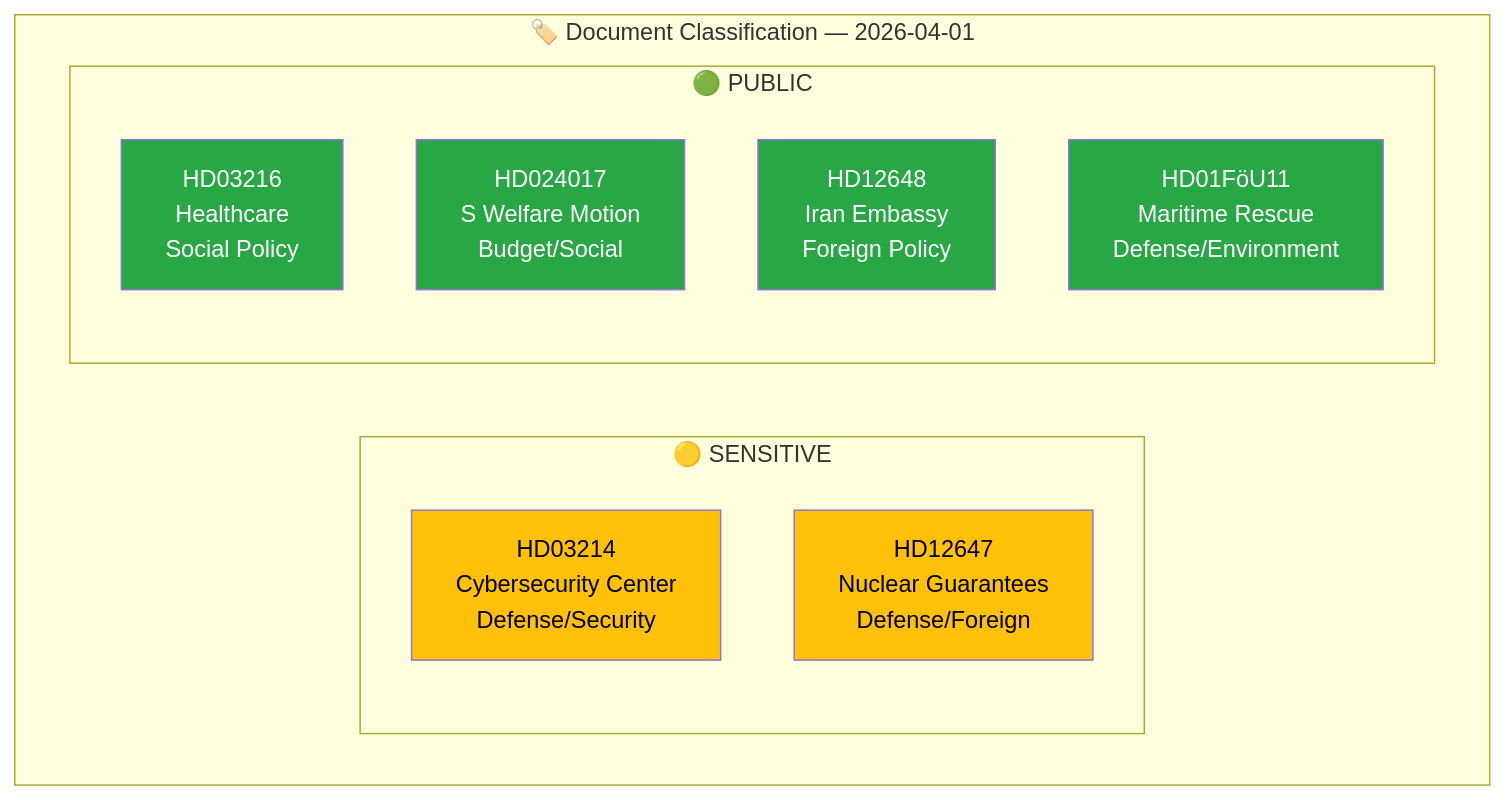
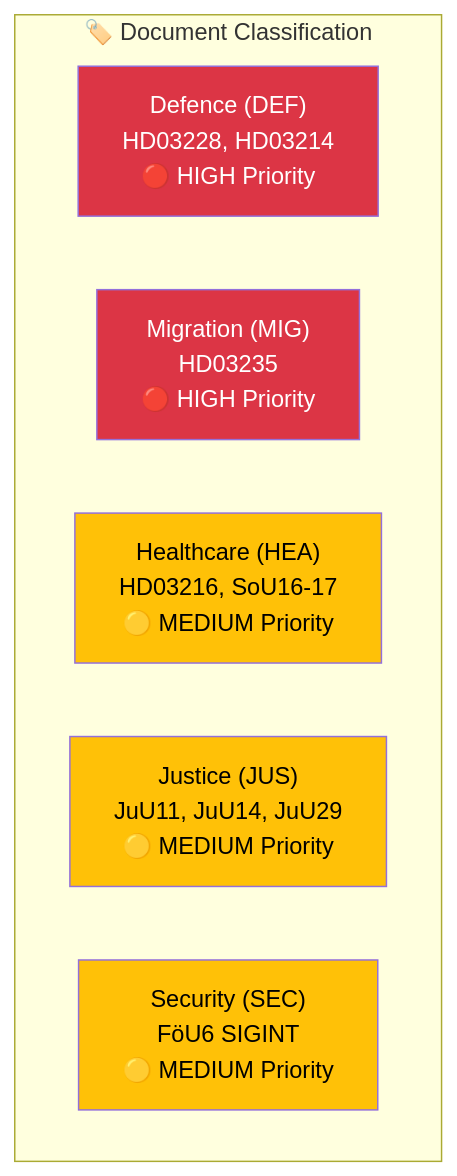
The diagram in analysis/daily/2026-04-01/classification-results.md (Hack23/riksdagsmonitor), drawn with Mermaid before and after one commit. The commit also changed other lines of this file and 74 other files, not shown here.

First line of the commit message:
📊 Analysis: Security Package & Healthcare Reform - 2026-04-01

````diff
--- a/analysis/daily/2026-04-01/classification-results.md
+++ b/analysis/daily/2026-04-01/classification-results.md
@@ -16,22 +11,16 @@
 ```mermaid
 graph TD
-    subgraph "🏷️ Document Classification — 2026-04-01"
-        subgraph "🟡 SENSITIVE"
-            D1["HD03214<br/>Cybersecurity Center<br/>Defense/Security"]
-            D5["HD12647<br/>Nuclear Guarantees<br/>Defense/Foreign"]
-        end
-        subgraph "🟢 PUBLIC"
-            D2["HD03216<br/>Healthcare<br/>Social Policy"]
-            D3["HD024017<br/>S Welfare Motion<br/>Budget/Social"]
-            D4["HD12648<br/>Iran Embassy<br/>Foreign Policy"]
-            D6["HD01FöU11<br/>Maritime Rescue<br/>Defense/Environment"]
-        end
+    subgraph "🏷️ Document Classification"
+        DEF["Defence (DEF)<br/>HD03228, HD03214<br/>🔴 HIGH Priority"]
+        MIG["Migration (MIG)<br/>HD03235<br/>🔴 HIGH Priority"]
+        HEA["Healthcare (HEA)<br/>HD03216, SoU16-17<br/>🟡 MEDIUM Priority"]
+        JUS["Justice (JUS)<br/>JuU11, JuU14, JuU29<br/>🟡 MEDIUM Priority"]
+        SEC["Security (SEC)<br/>FöU6 SIGINT<br/>🟡 MEDIUM Priority"]
     end
 
-    style D1 fill:#ffc107,color:#000
-    style D5 fill:#ffc107,color:#000
-    style D2 fill:#28a745,color:#fff
-    style D3 fill:#28a745,color:#fff
-    style D4 fill:#28a745,color:#fff
-    style D6 fill:#28a745,color:#fff
+    style DEF fill:#dc3545,color:#fff
+    style MIG fill:#dc3545,color:#fff
+    style HEA fill:#ffc107,color:#000
+    style JUS fill:#ffc107,color:#000
+    style SEC fill:#ffc107,color:#000
 ```
````
